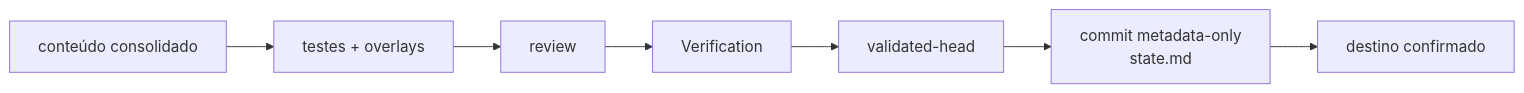
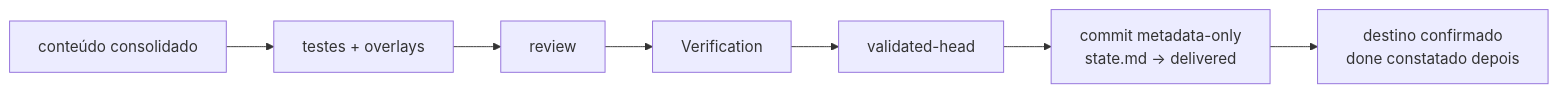
Before and after one commit to rpelizza/PelizzAI: the third of 4 diagrams in README.md, drawn with Mermaid. The commit also changed other lines of this file and 1 other file, not shown here.

````diff
--- a/README.md
+++ b/README.md
@@ -272,9 +275,9 @@
 ```mermaid
 flowchart LR
     C["conteúdo consolidado"] --> T["testes + overlays"]
     T --> R["review"]
     R --> V["Verification"]
     V --> S["validated-head"]
-    S --> M["commit metadata-only<br/>state.md"]
-    M --> X["destino confirmado"]
+    S --> M["commit metadata-only<br/>state.md → delivered"]
+    M --> X["destino confirmado<br/>done constatado depois"]
 ```
````
